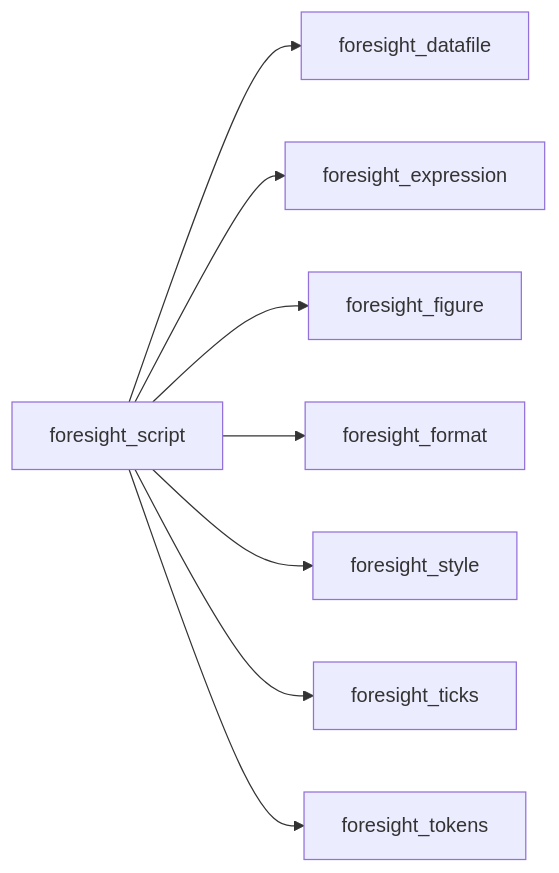
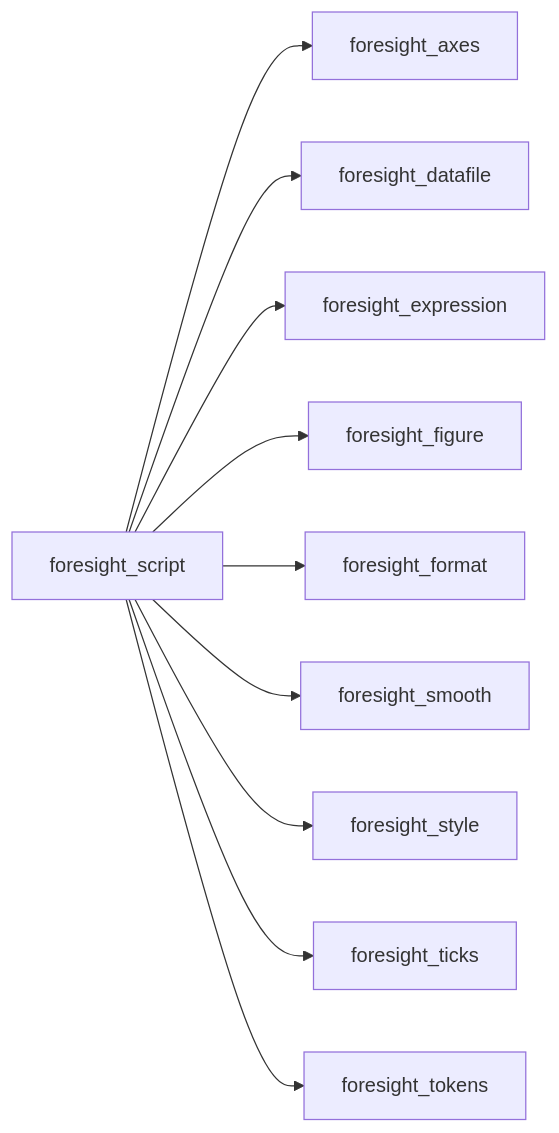
The first of 35 diagrams in docs/api/src/lib/foresight_script.md (szaghi/foresight), drawn with Mermaid before and after one commit. The commit also changed other lines of this file and 97 other files, not shown here.

````diff
--- a/docs/api/src/lib/foresight_script.md
+++ b/docs/api/src/lib/foresight_script.md
@@ -33,10 +43,12 @@
 ```mermaid
 graph LR
+  foresight_script["foresight_script"] --> foresight_axes["foresight_axes"]
   foresight_script["foresight_script"] --> foresight_datafile["foresight_datafile"]
   foresight_script["foresight_script"] --> foresight_expression["foresight_expression"]
   foresight_script["foresight_script"] --> foresight_figure["foresight_figure"]
   foresight_script["foresight_script"] --> foresight_format["foresight_format"]
+  foresight_script["foresight_script"] --> foresight_smooth["foresight_smooth"]
   foresight_script["foresight_script"] --> foresight_style["foresight_style"]
   foresight_script["foresight_script"] --> foresight_ticks["foresight_ticks"]
   foresight_script["foresight_script"] --> foresight_tokens["foresight_tokens"]
 ```
````
